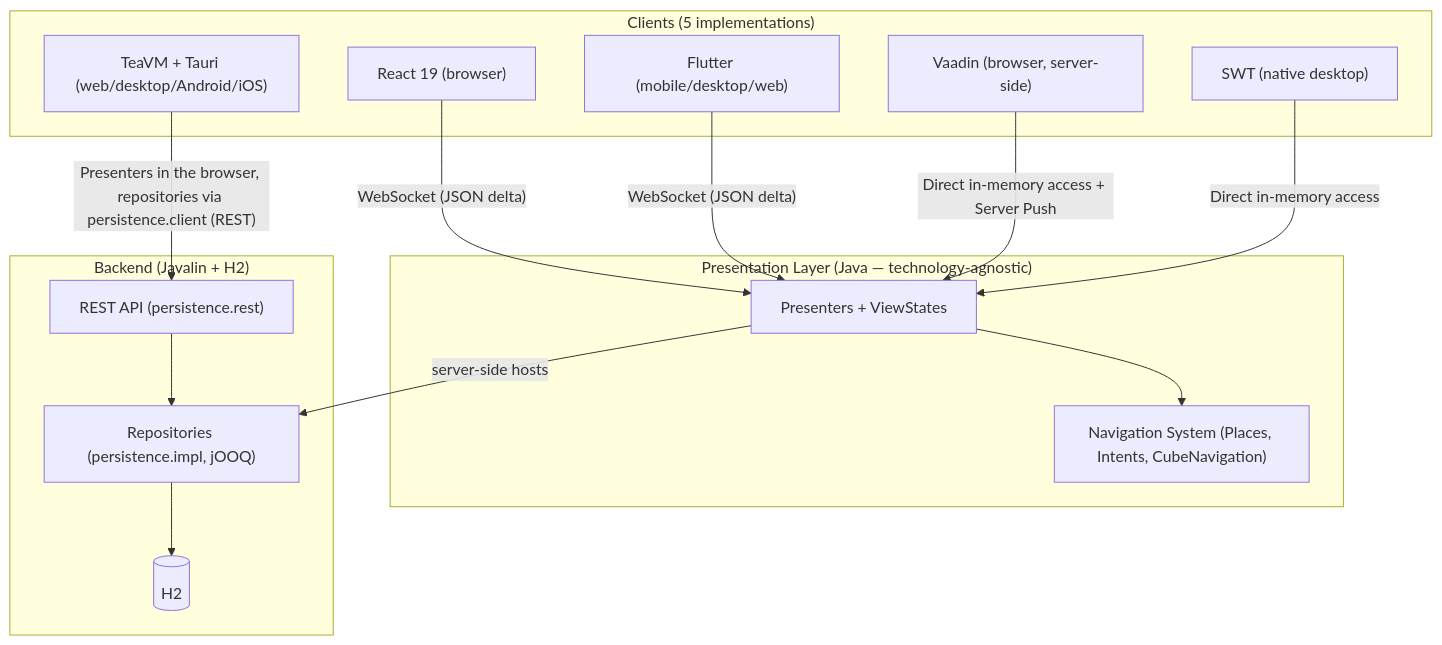
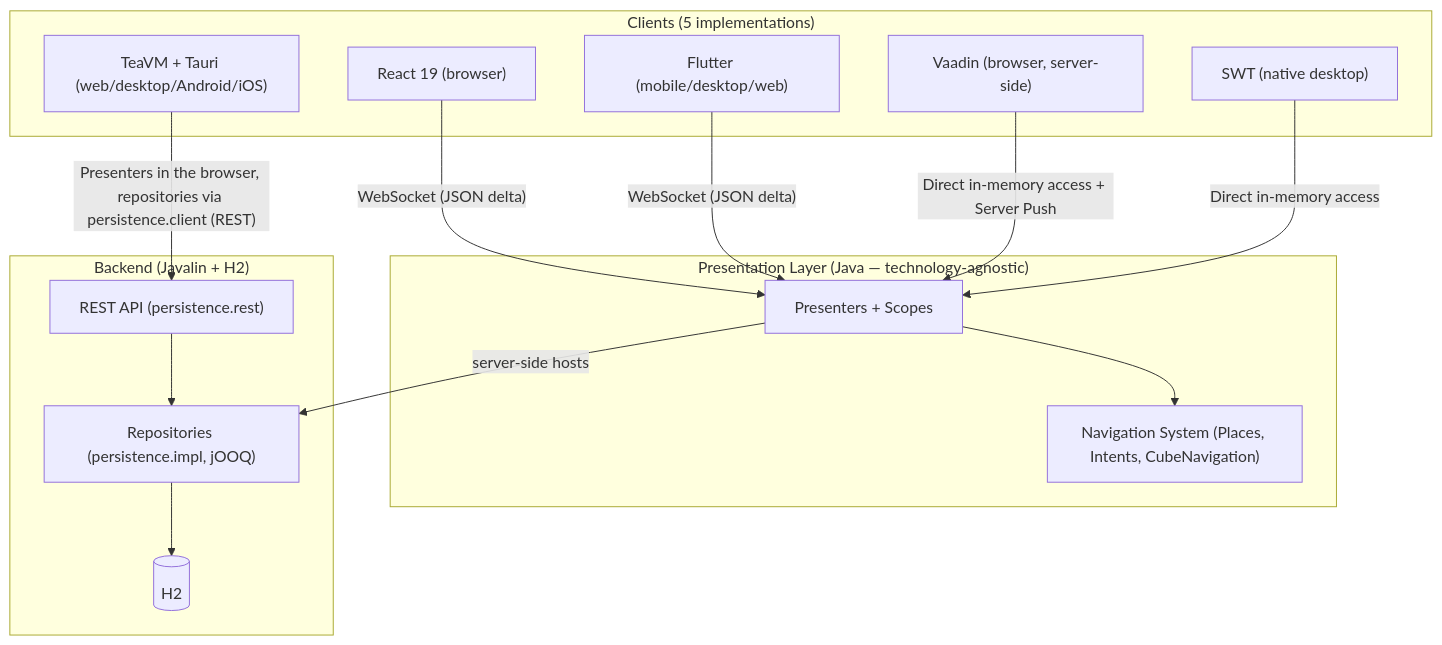
One commit to mrcdom/wdc-cube-java-v2 changed the first of 4 diagrams in docs/cube-mvp-multiplatform-architecture.md. Above: the diagram before and after it, drawn with Mermaid. The commit also changed other lines of this file and 222 other files, not shown here.

````diff
--- a/docs/cube-mvp-multiplatform-architecture.md
+++ b/docs/cube-mvp-multiplatform-architecture.md
@@ -145,31 +145,31 @@
 ```mermaid
 graph TD
     subgraph Client["Clients (5 implementations)"]
         react["React 19 (browser)"]
         flutter["Flutter (mobile/desktop/web)"]
         vaadin["Vaadin (browser, server-side)"]
         swt["SWT (native desktop)"]
         teavm["TeaVM + Tauri (web/desktop/Android/iOS)"]
     end
 
     subgraph Presentation["Presentation Layer (Java — technology-agnostic)"]
-        presenters["Presenters + ViewStates"]
+        presenters["Presenters + Scopes"]
         navigation["Navigation System (Places, Intents, CubeNavigation)"]
     end
 
     subgraph Backend["Backend (Javalin + H2)"]
         rest["REST API (persistence.rest)"]
         repos["Repositories (persistence.impl, jOOQ)"]
         db[("H2")]
     end
 
     react -->|"WebSocket (JSON delta)"| presenters
     flutter -->|"WebSocket (JSON delta)"| presenters
     vaadin -->|"Direct in-memory access + Server Push"| presenters
     swt -->|"Direct in-memory access"| presenters
     teavm -->|"Presenters in the browser, repositories via persistence.client (REST)"| rest
     presenters --> navigation
     presenters -->|"server-side hosts"| repos
     rest --> repos
     repos --> db
 ```
````
